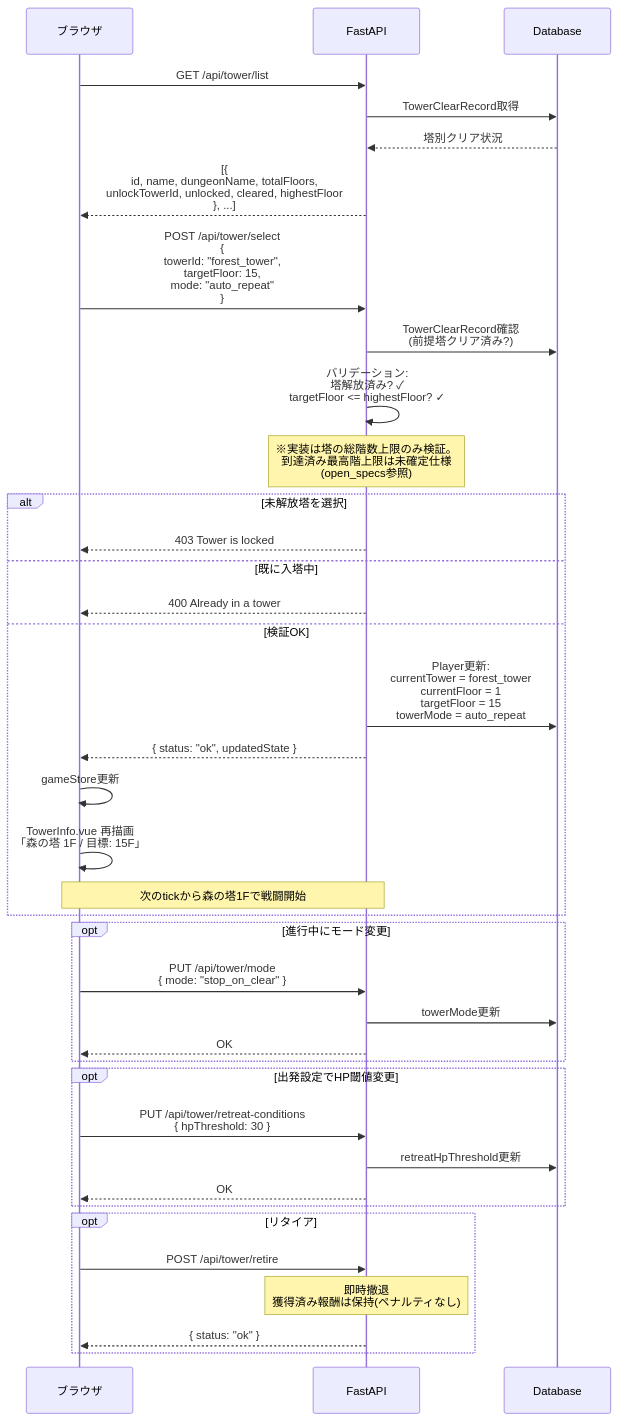
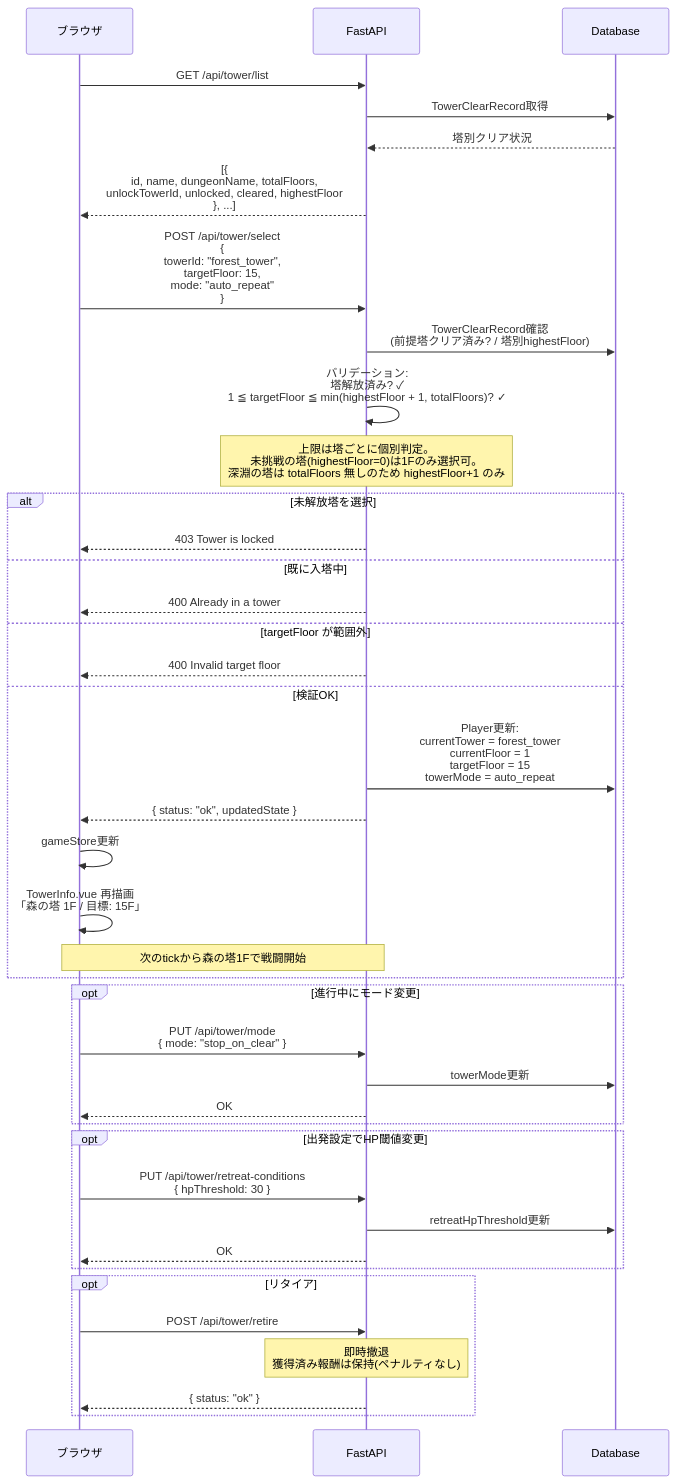
One commit to dateeee/2026_AFKGAME changed the first of 3 diagrams in diagrams/api_sequence/gameplay.md. Above: the diagram before and after it, drawn with Mermaid. The commit also changed 30 other files, not shown here.

````diff
--- a/diagrams/api_sequence/gameplay.md
+++ b/diagrams/api_sequence/gameplay.md
@@ -7,52 +7,54 @@
 ```mermaid
 %%{init: {'theme': 'default', 'sequence': {'actorFontSize': 18, 'messageFontSize': 16, 'noteFontSize': 14}} }%%
 sequenceDiagram
     participant B as ブラウザ
     participant API as FastAPI
     participant DB as Database
 
     B->>API: GET /api/tower/list
     API->>DB: TowerClearRecord取得
     DB-->>API: 塔別クリア状況
     API-->>B: [{<br/>  id, name, dungeonName, totalFloors,<br/>  unlockTowerId, unlocked, cleared, highestFloor<br/>}, ...]
 
     B->>API: POST /api/tower/select<br/>{<br/>  towerId: "forest_tower",<br/>  targetFloor: 15,<br/>  mode: "auto_repeat"<br/>}
 
-    API->>DB: TowerClearRecord確認<br/>(前提塔クリア済み?)
-    API->>API: バリデーション:<br/>塔解放済み? ✓<br/>targetFloor <= highestFloor? ✓
+    API->>DB: TowerClearRecord確認<br/>(前提塔クリア済み? / 塔別highestFloor)
+    API->>API: バリデーション:<br/>塔解放済み? ✓<br/>1 ≦ targetFloor ≦ min(highestFloor + 1, totalFloors)? ✓
 
-    Note over API: ※実装は塔の総階数上限のみ検証。<br/>到達済み最高階上限は未確定仕様<br/>(open_specs参照)
+    Note over API: 上限は塔ごとに個別判定。<br/>未挑戦の塔(highestFloor=0)は1Fのみ選択可。<br/>深淵の塔は totalFloors 無しのため highestFloor+1 のみ
 
     alt 未解放塔を選択
         API-->>B: 403 Tower is locked
     else 既に入塔中
         API-->>B: 400 Already in a tower
+    else targetFloor が範囲外
+        API-->>B: 400 Invalid target floor
     else 検証OK
         API->>DB: Player更新:<br/>currentTower = forest_tower<br/>currentFloor = 1<br/>targetFloor = 15<br/>towerMode = auto_repeat
 
         API-->>B: { status: "ok", updatedState }
 
         B->>B: gameStore更新
         B->>B: TowerInfo.vue 再描画<br/>「森の塔 1F / 目標: 15F」
 
         Note over B,API: 次のtickから森の塔1Fで戦闘開始
     end
 
     opt 進行中にモード変更
         B->>API: PUT /api/tower/mode<br/>{ mode: "stop_on_clear" }
         API->>DB: towerMode更新
         API-->>B: OK
     end
 
     opt 出発設定でHP閾値変更
         B->>API: PUT /api/tower/retreat-conditions<br/>{ hpThreshold: 30 }
         API->>DB: retreatHpThreshold更新
         API-->>B: OK
     end
 
     opt リタイア
         B->>API: POST /api/tower/retire
         Note over API: 即時撤退<br/>獲得済み報酬は保持(ペナルティなし)
         API-->>B: { status: "ok" }
     end
 ```
````
